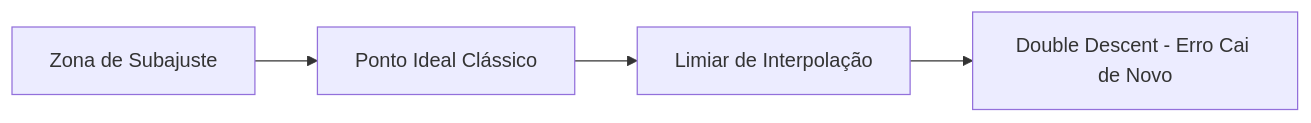
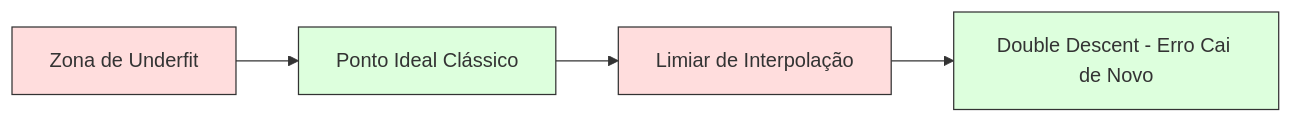
Before and after one commit to K3lvin-dev/ai-engineering-from-scratch: the second of 5 diagrams in phases/02-ml-fundamentals/10-bias-variance/docs/pt-br.md, drawn with Mermaid. The commit also changed other lines of this file and 17 other files, not shown here.

````diff
--- a/phases/02-ml-fundamentals/10-bias-variance/docs/pt-br.md
+++ b/phases/02-ml-fundamentals/10-bias-variance/docs/pt-br.md
@@ -84,6 +110,11 @@
 ```mermaid
 graph LR
-    A[Zona de Subajuste] --> B[Ponto Ideal Clássico]
+    A[Zona de Underfit] --> B[Ponto Ideal Clássico]
     B --> C[Limiar de Interpolação]
     C --> D[Double Descent - Erro Cai de Novo]
+
+    style A fill:#fdd,stroke:#333
+    style B fill:#dfd,stroke:#333
+    style C fill:#fdd,stroke:#333
+    style D fill:#dfd,stroke:#333
 ```
````
